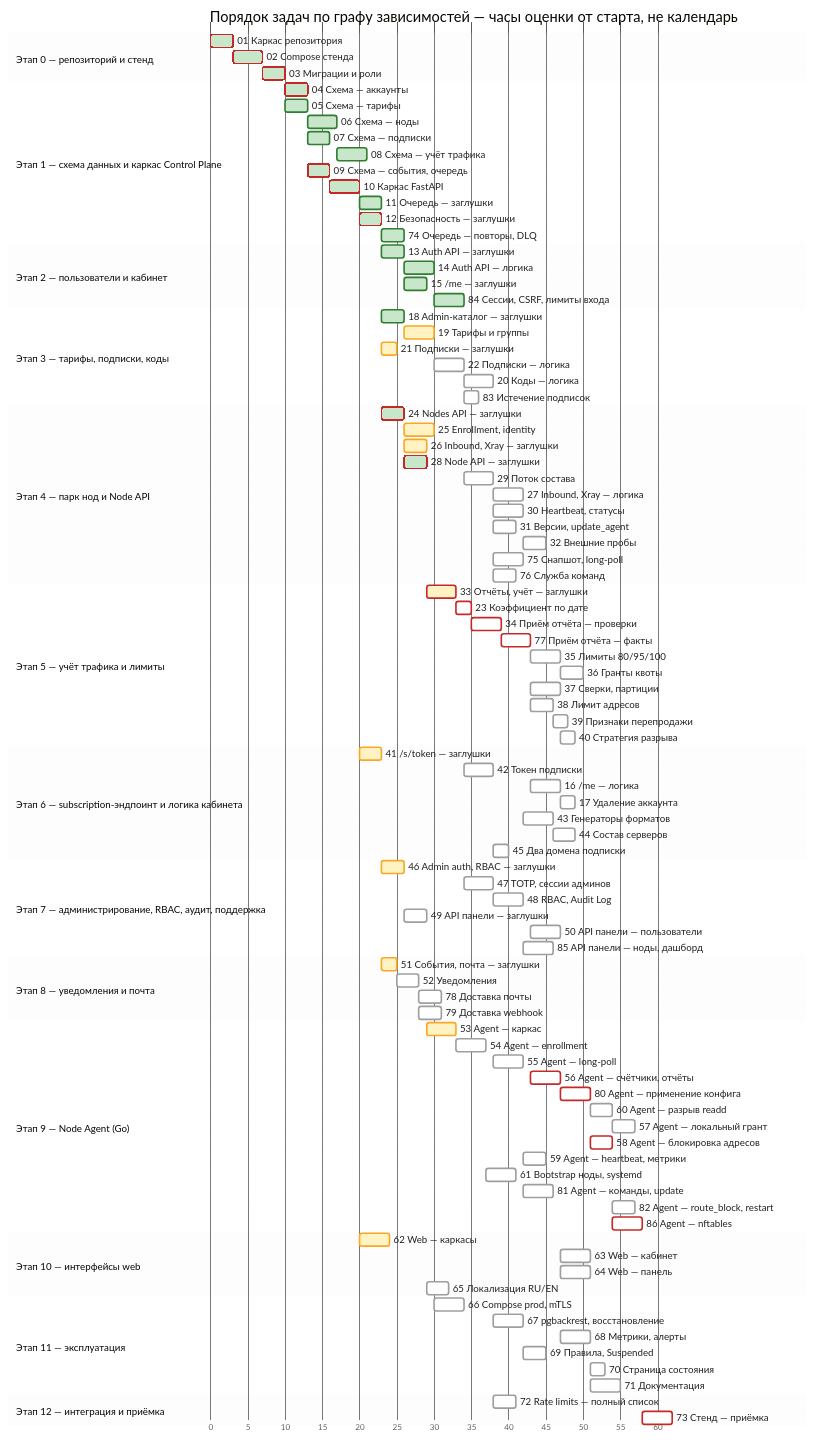
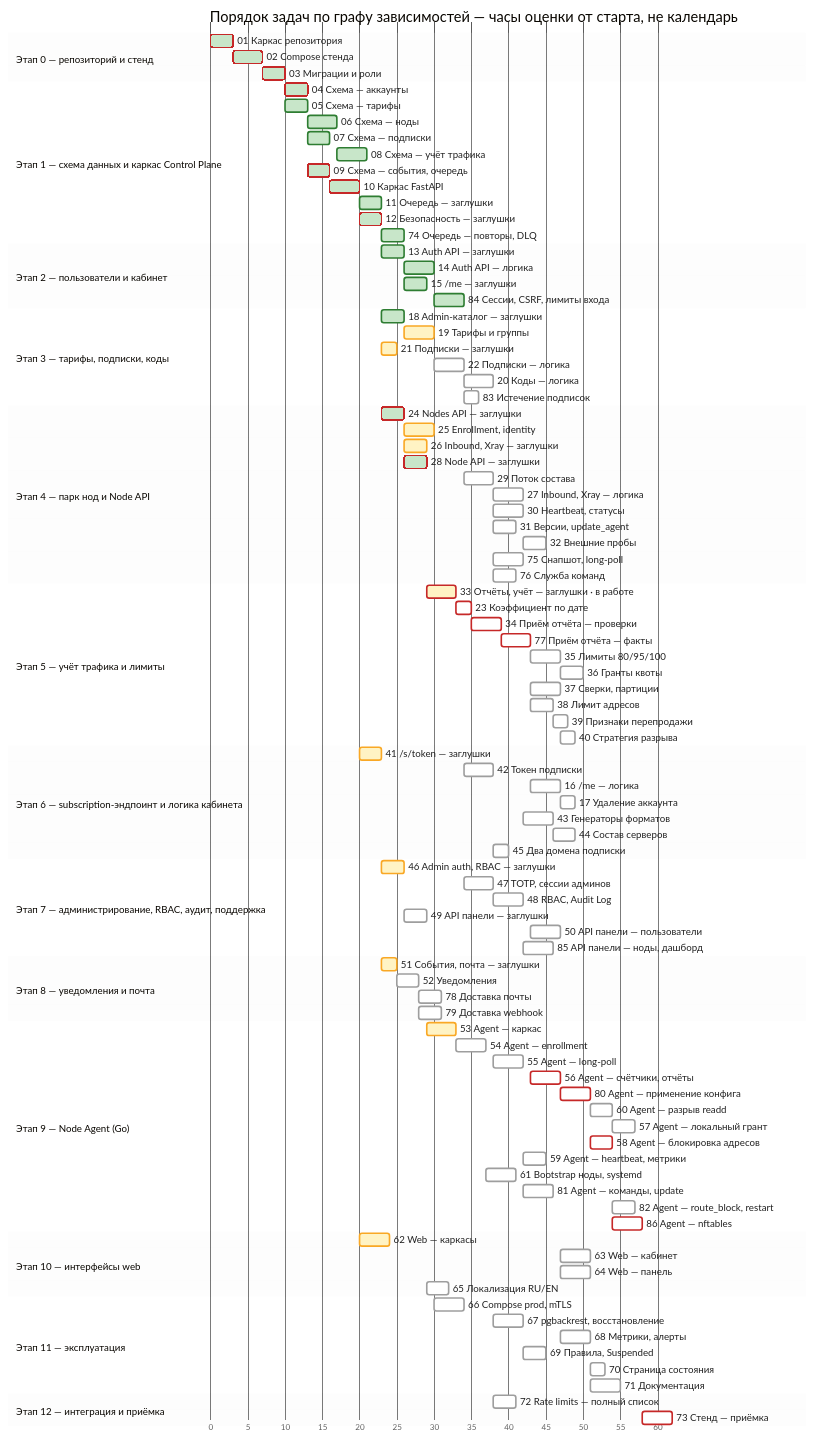
The diagram in docs/PLAN.md (MatrixFounder/vpn-distribution-system), drawn with Mermaid before and after one commit. The commit also changed other lines of this file and 95 other files, not shown here.

```diff
--- a/docs/PLAN.md
+++ b/docs/PLAN.md
@@ -158,7 +156,7 @@
     75 Снапшот, long-poll :t75, after t29, 4ms
     76 Служба команд :t76, after t29, 3ms
   section Этап 5 — учёт трафика и лимиты
-    33 Отчёты, учёт — заглушки :active, crit, t33, after t28 t08, 4ms
+    33 Отчёты, учёт — заглушки · в работе :active, crit, t33, after t28 t08, 4ms
     23 Коэффициент по дате :crit, t23, after t19 t33, 2ms
     34 Приём отчёта — проверки :crit, t34, after t33 t23 t22, 4ms
     77 Приём отчёта — факты :crit, t77, after t34 t23, 4ms
```
